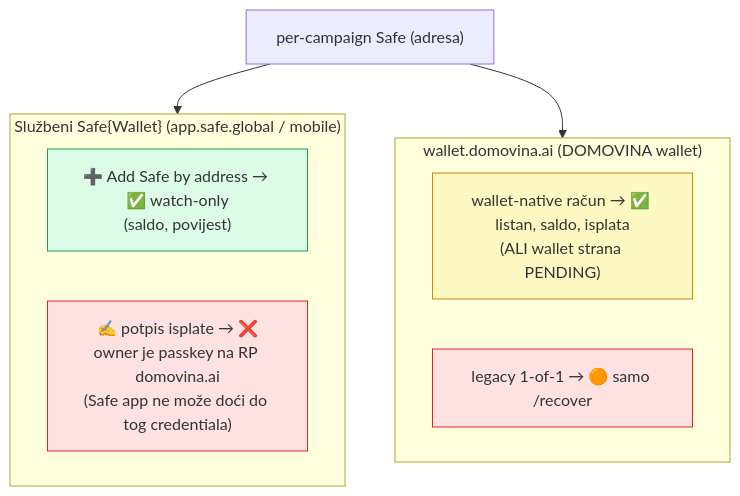
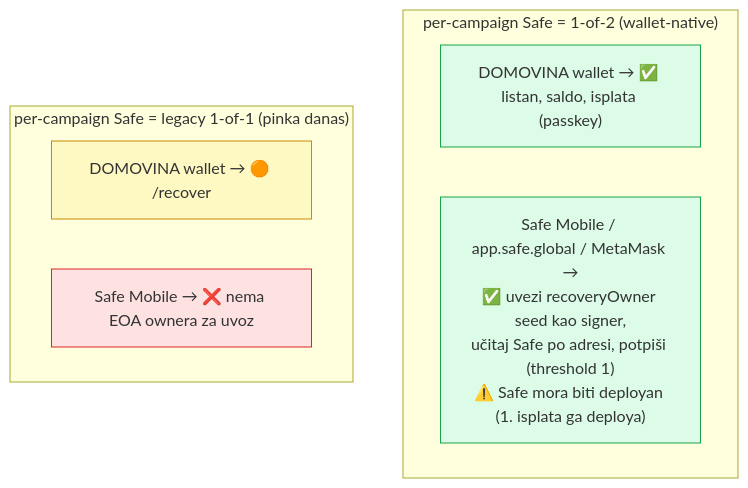
The fourth of 6 diagrams in docs/campaign-safe-portability.md (pinka-finance/mcp-automation), drawn with Mermaid before and after one commit. The commit also changed other lines of this file, not shown here.

First line of the commit message:
docs(rev2): ispravak — recoveryOwner je korisnikov BIP39 EOA → 1-of-2 JE Safe-Mobile-prenosiv

````diff
--- a/docs/campaign-safe-portability.md
+++ b/docs/campaign-safe-portability.md
@@ -117,24 +104,18 @@
 ```mermaid
 flowchart TB
-    SAFE["per-campaign Safe (adresa)"]
-
-    subgraph official["Službeni Safe{Wallet} (app.safe.global / mobile)"]
-        W1["➕ Add Safe by address → ✅ watch-only<br/>(saldo, povijest)"]
-        W2["✍️ potpis isplate → ❌<br/>owner je passkey na RP domovina.ai<br/>(Safe app ne može doći do tog credentiala)"]
+    subgraph s12["per-campaign Safe = 1-of-2 (wallet-native)"]
+        A1["DOMOVINA wallet → ✅ listan, saldo, isplata (passkey)"]
+        A2["Safe Mobile / app.safe.global / MetaMask →<br/>✅ uvezi recoveryOwner seed kao signer,<br/>učitaj Safe po adresi, potpiši (threshold 1)<br/>⚠️ Safe mora biti deployan (1. isplata ga deploya)"]
+    end
+    subgraph s11["per-campaign Safe = legacy 1-of-1 (pinka danas)"]
+        B1["DOMOVINA wallet → 🟠 /recover"]
+        B2["Safe Mobile → ❌ nema EOA ownera za uvoz"]
     end
 
-    subgraph domovina["wallet.domovina.ai (DOMOVINA wallet)"]
-        D2["wallet-native račun → ✅ listan, saldo, isplata<br/>(ALI wallet strana PENDING)"]
-        D3["legacy 1-of-1 → 🟠 samo /recover"]
-    end
-
-    SAFE --> official
-    SAFE --> domovina
-
+    classDef good fill:#dcfce7,stroke:#16a34a;
+    classDef warn fill:#fef9c3,stroke:#ca8a04;
     classDef bad fill:#fee2e2,stroke:#dc2626;
-    classDef warn fill:#fef9c3,stroke:#ca8a04;
-    classDef good fill:#dcfce7,stroke:#16a34a;
-    class W2,D3 bad;
-    class D2 warn;
-    class W1 good;
+    class A1,A2 good;
+    class B1 warn;
+    class B2 bad;
 ```
````
